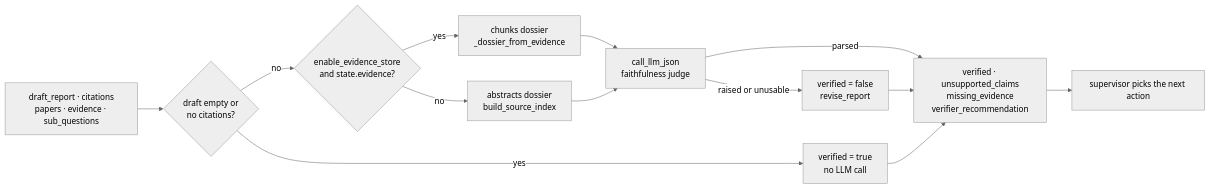
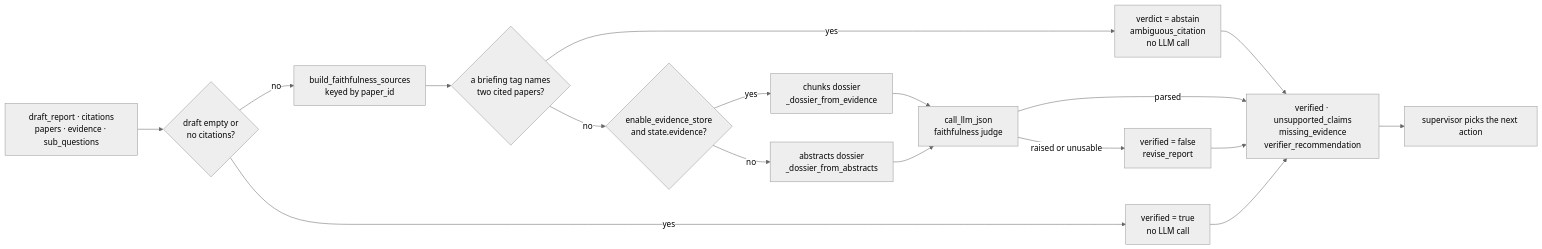
Before and after one commit to kudratsingh/arxiv-research-agent: the diagram in docs/agents/verifier.md, drawn with Mermaid (neutral theme). The commit also changed other lines of this file and 31 other files, not shown here.

First line of the commit message:
fix(runtime): verifier sources keyed by paper_id, publication dates carried, request_id kept, durable reader fallback reason (LE-V) (#279)

````diff
--- a/docs/agents/verifier.md
+++ b/docs/agents/verifier.md
@@ -33,15 +33,19 @@
 ```mermaid
 flowchart LR
   IN["draft_report · citations<br/>papers · evidence · sub_questions"] --> SC{"draft empty or<br/>no citations?"}
   SC -->|"yes"| SKIP["verified = true<br/>no LLM call"]
-  SC -->|"no"| DOS{"enable_evidence_store<br/>and state.evidence?"}
+  SC -->|"no"| SRC["build_faithfulness_sources<br/>keyed by paper_id"]
+  SRC --> AMB{"a briefing tag names<br/>two cited papers?"}
+  AMB -->|"yes"| ABST["verdict = abstain<br/>ambiguous_citation<br/>no LLM call"]
+  AMB -->|"no"| DOS{"enable_evidence_store<br/>and state.evidence?"}
   DOS -->|"yes"| CH["chunks dossier<br/>_dossier_from_evidence"]
-  DOS -->|"no"| AB["abstracts dossier<br/>build_source_index"]
+  DOS -->|"no"| AB["abstracts dossier<br/>_dossier_from_abstracts"]
   CH --> J["call_llm_json<br/>faithfulness judge"]
   AB --> J
+  ABST --> OUT
   J -->|"parsed"| OUT["verified · unsupported_claims<br/>missing_evidence<br/>verifier_recommendation"]
   J -->|"raised or unusable"| FB["verified = false<br/>revise_report"]
   FB --> OUT
   SKIP --> OUT
   OUT --> SUP["supervisor picks the next action"]
 ```
````
